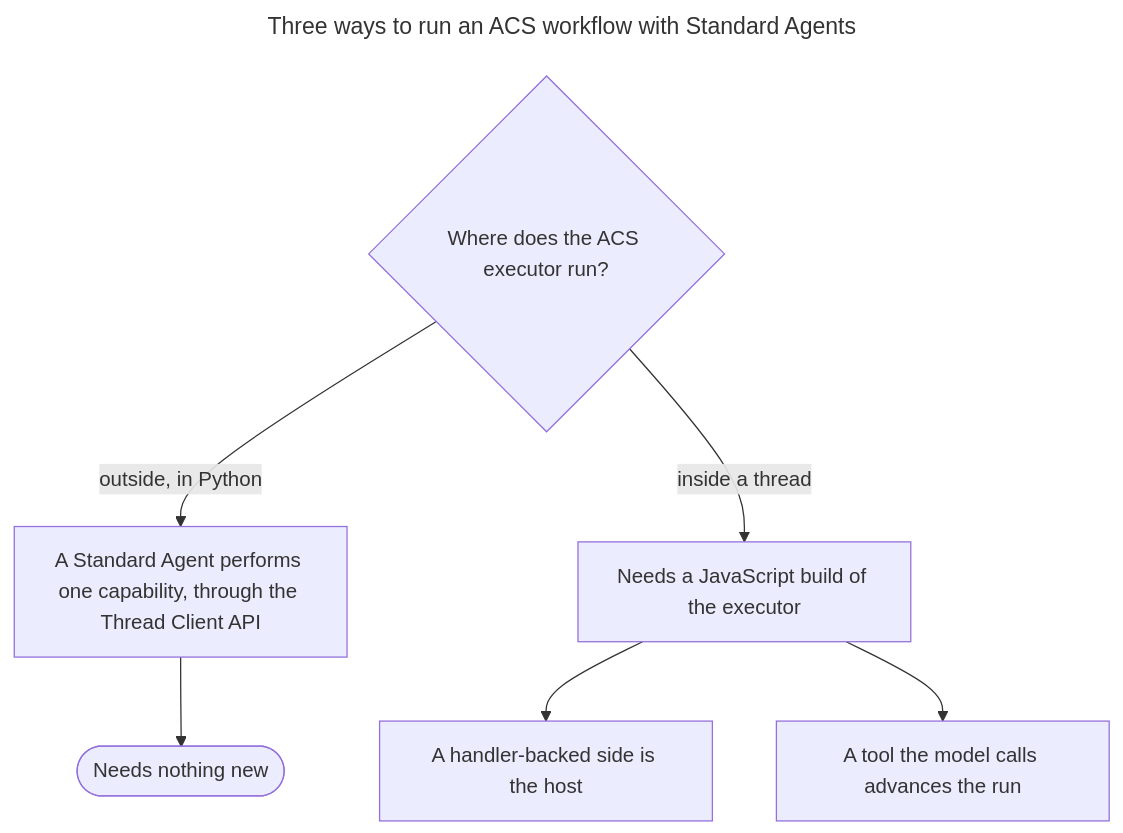
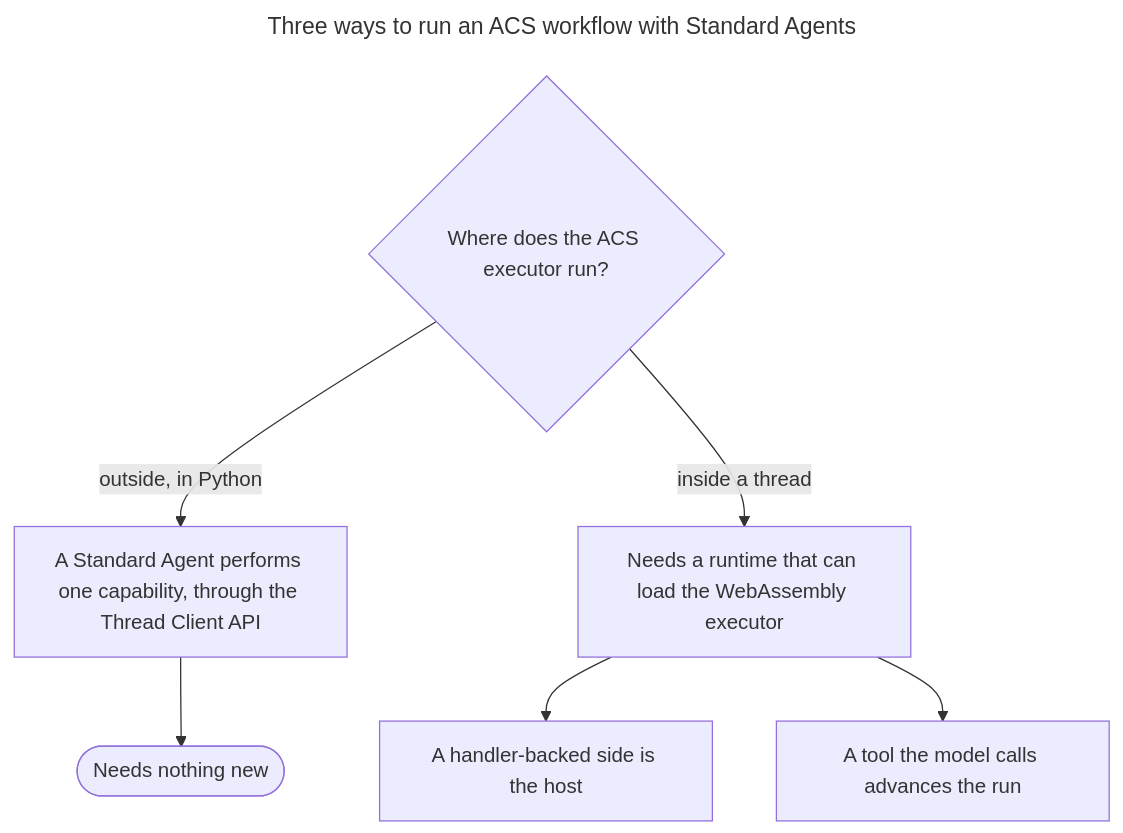
One commit to synaptiai/agent-capability-standard changed the fourth of 4 diagrams in docs/integrations/standard_agents.md. Above: the diagram before and after it, drawn with Mermaid. The commit also changed other lines of this file and 7 other files, not shown here.

````diff
--- a/docs/integrations/standard_agents.md
+++ b/docs/integrations/standard_agents.md
@@ -839,13 +841,13 @@
 ```mermaid
 ---
 title: Three ways to run an ACS workflow with Standard Agents
 ---
 flowchart TB
-  accDescr: With the executor in Python, outside Standard Agents, an agent is reached through the Thread Client API and performs one capability, which needs nothing new from either standard; running the executor inside a thread, with a handler as its host or a tool the model calls advancing the run, needs a JavaScript build of the executor that does not exist yet.
+  accDescr: With the executor in Python, outside Standard Agents, an agent is reached through the Thread Client API and performs one capability, which needs nothing new from either standard; running the executor inside a thread, with a handler as its host or a tool the model calls advancing the run, needs a runtime that can load the executor's WebAssembly build, which SA 0.2.0 does not promise.
   q{"Where does the ACS executor run?"}
   q -->|outside, in Python| out["A Standard Agent performs one capability, through the Thread Client API"]
   out --> today(["Needs nothing new"])
-  q -->|inside a thread| inside["Needs a JavaScript build of the executor"]
+  q -->|inside a thread| inside["Needs a runtime that can load the WebAssembly executor"]
   inside --> h["A handler-backed side is the host"]
   inside --> t["A tool the model calls advances the run"]
 ```
````
